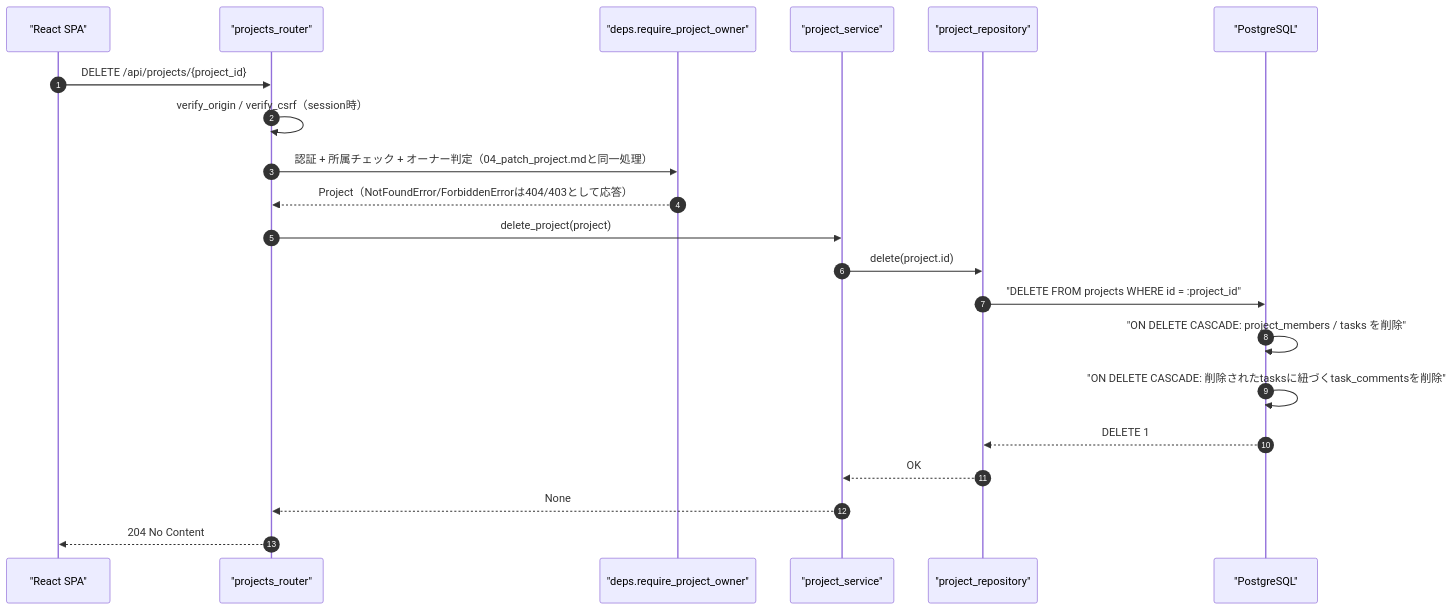
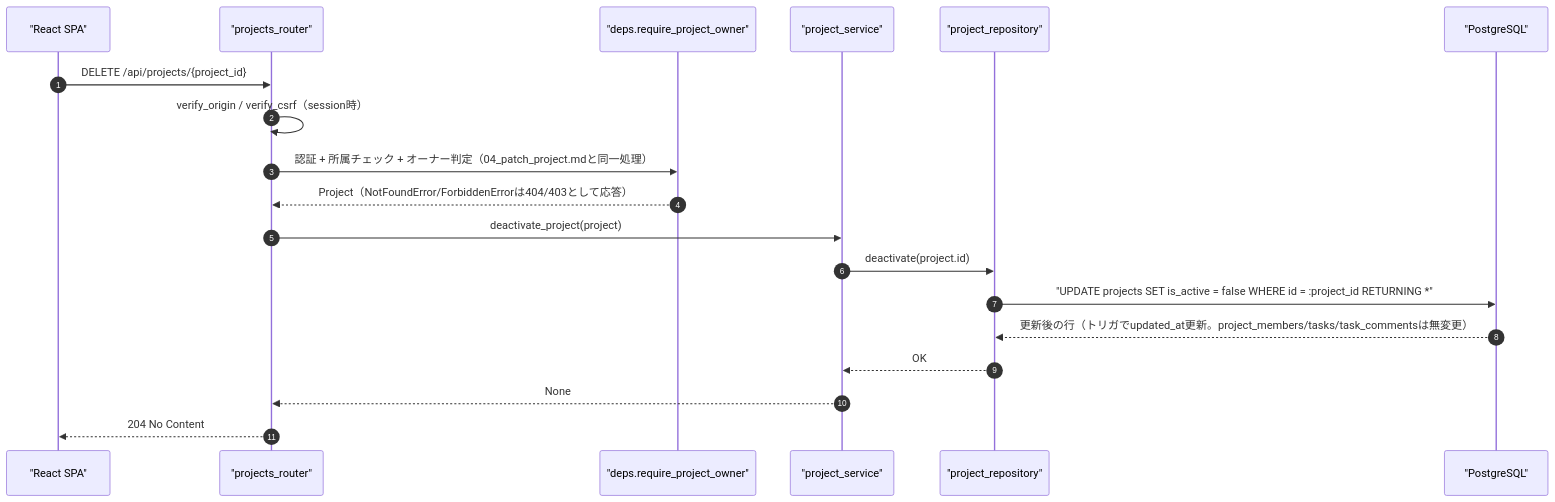
One commit to oikawa-d/task_management changed the first of 4 diagrams in detailed_design/api/projects/05_delete_project.md. Above: the diagram before and after it, drawn with Mermaid. The commit also changed other lines of this file and 25 other files, not shown here.

````diff
--- a/detailed_design/api/projects/05_delete_project.md
+++ b/detailed_design/api/projects/05_delete_project.md
@@ -60,24 +64,22 @@
 ```mermaid
 sequenceDiagram
     autonumber
     participant FE as "React SPA"
     participant R as "projects_router"
     participant D as "deps.require_project_owner"
     participant S as "project_service"
     participant RP as "project_repository"
     participant PG as "PostgreSQL"
 
     FE->>R: DELETE /api/projects/{project_id}
     R->>R: verify_origin / verify_csrf（session時）
     R->>D: 認証 + 所属チェック + オーナー判定（04_patch_project.mdと同一処理）
     D-->>R: Project（NotFoundError/ForbiddenErrorは404/403として応答）
-    R->>S: delete_project(project)
-    S->>RP: delete(project.id)
-    RP->>PG: "DELETE FROM projects WHERE id = :project_id"
-    PG->>PG: "ON DELETE CASCADE: project_members / tasks を削除"
-    PG->>PG: "ON DELETE CASCADE: 削除されたtasksに紐づくtask_commentsを削除"
-    PG-->>RP: DELETE 1
+    R->>S: deactivate_project(project)
+    S->>RP: deactivate(project.id)
+    RP->>PG: "UPDATE projects SET is_active = false WHERE id = :project_id RETURNING *"
+    PG-->>RP: 更新後の行（トリガでupdated_at更新。project_members/tasks/task_commentsは無変更）
     RP-->>S: OK
     S-->>R: None
     R-->>FE: 204 No Content
 ```
````
